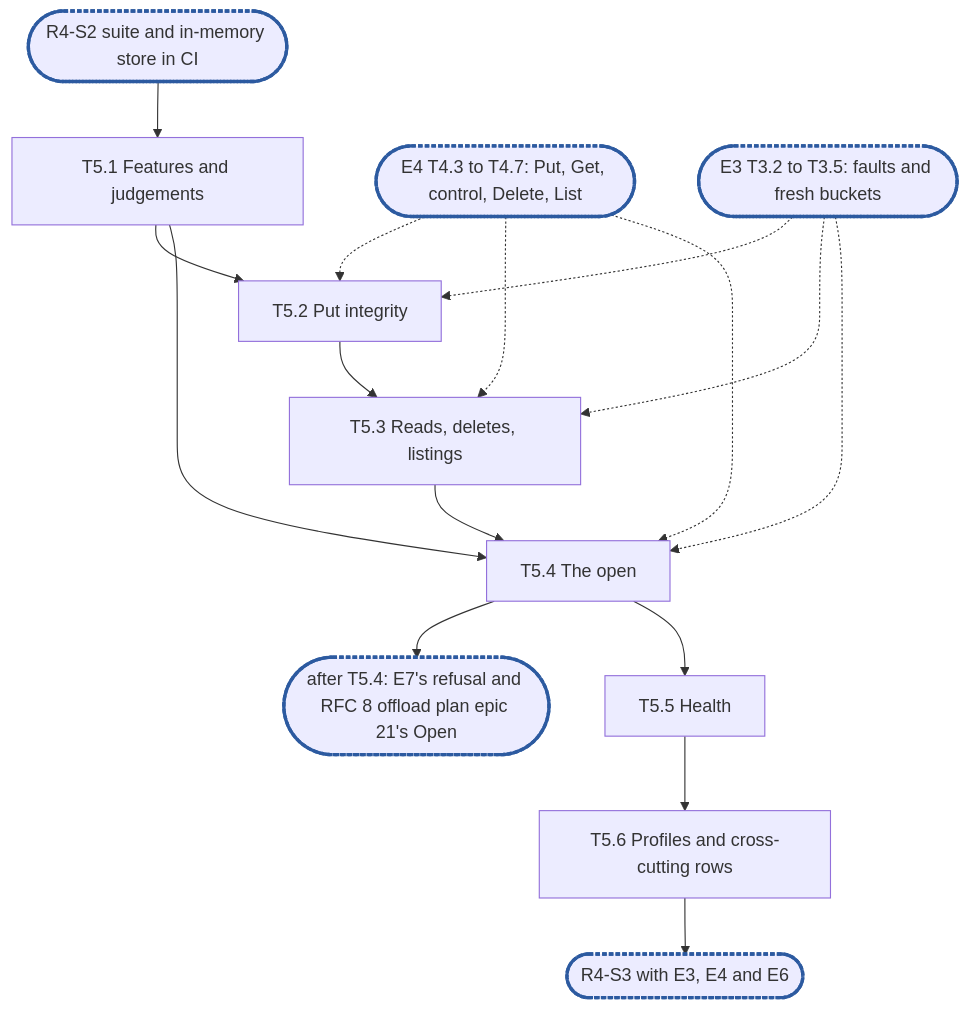
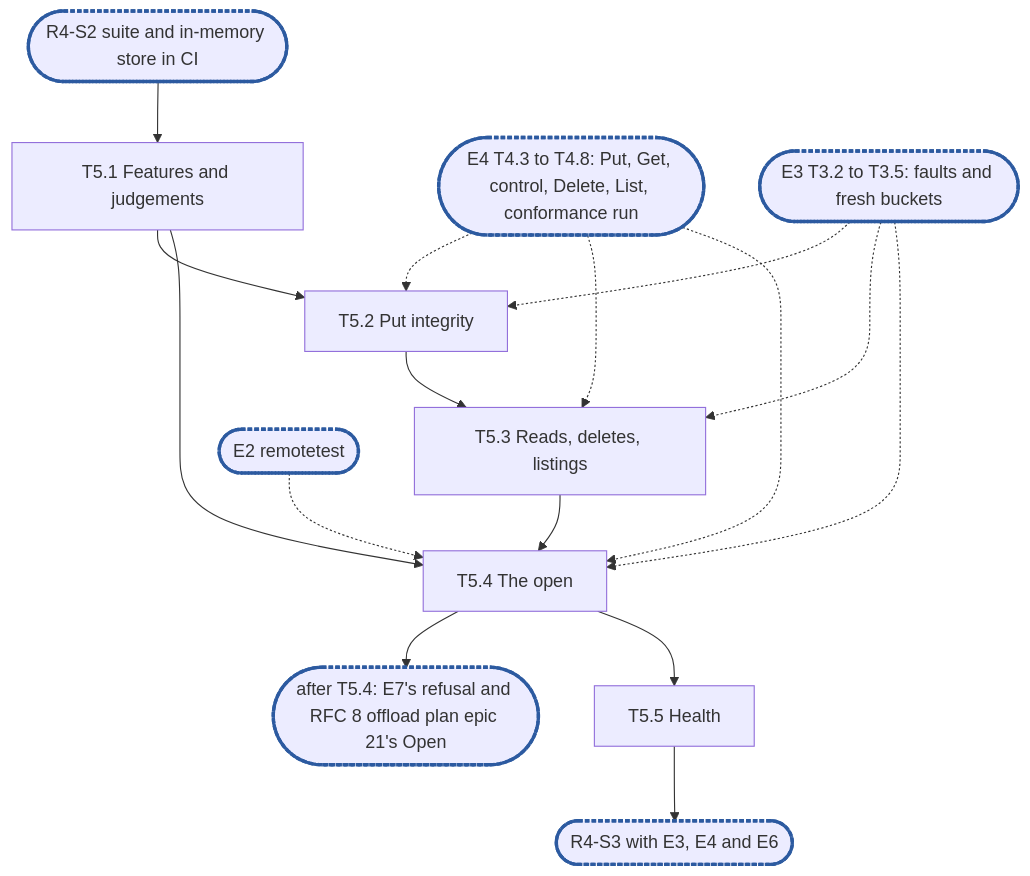
The diagram in .planning/rfc-4-remote-tier-epic5.md (cubbit/dittofs), drawn with Mermaid before and after one commit. The commit also changed other lines of this file, not shown here.

````diff
--- a/.planning/rfc-4-remote-tier-epic5.md
+++ b/.planning/rfc-4-remote-tier-epic5.md
@@ -571,14 +576,14 @@
 ```mermaid
 flowchart TD
   S2(["R4-S2 suite and in-memory store in CI"]):::sync --> T5_1["T5.1 Features and judgements"]
-  E4(["E4 T4.3 to T4.7: Put, Get, control, Delete, List"]):::sync -.-> T5_2 & T5_3 & T5_4
+  E4(["E4 T4.3 to T4.8: Put, Get, control, Delete, List, conformance run"]):::sync -.-> T5_2 & T5_3 & T5_4
   E3(["E3 T3.2 to T3.5: faults and fresh buckets"]):::sync -.-> T5_2 & T5_3 & T5_4
+  E2(["E2 remotetest"]):::sync -.-> T5_4
   T5_1 --> T5_2["T5.2 Put integrity"]
   T5_2 --> T5_3["T5.3 Reads, deletes, listings"]
   T5_1 & T5_3 --> T5_4["T5.4 The open"]
   T5_4 --> C1(["after T5.4: E7's refusal and RFC 8 offload plan epic 21's Open"]):::sync
   T5_4 --> T5_5["T5.5 Health"]
-  T5_5 --> T5_6["T5.6 Profiles and cross-cutting rows"]
-  T5_6 --> S3(["R4-S3 with E3, E4 and E6"]):::sync
+  T5_5 --> S3(["R4-S3 with E3, E4 and E6"]):::sync
   classDef sync stroke:#2c5aa0,stroke-width:3px,stroke-dasharray:4 2
 ```
````
